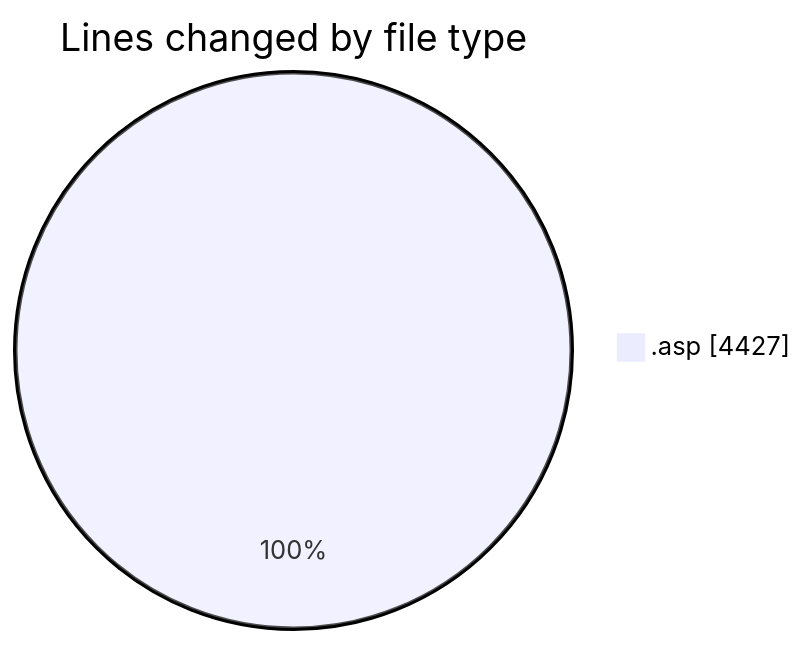
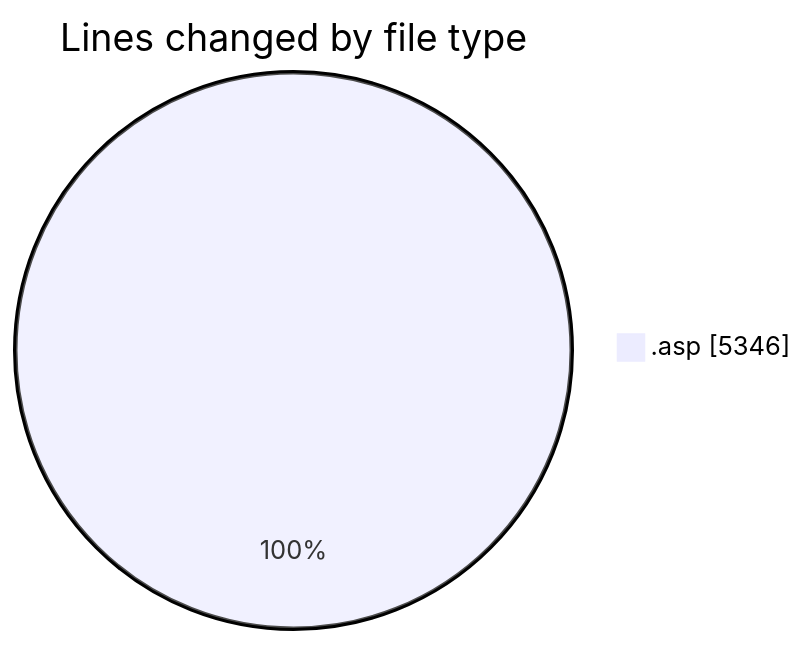
Before and after one commit to julien-gomy/code-tracking: the first of 2 diagrams in 2025-10-31/cdp_aleoudev_fr__workspace_/README.md, drawn with Mermaid. The commit also changed other lines of this file and 1 other file, not shown here.

````diff
--- a/2025-10-31/cdp_aleoudev_fr__workspace_/README.md
+++ b/2025-10-31/cdp_aleoudev_fr__workspace_/README.md
@@ -22,5 +23,5 @@
 ```mermaid
 pie showData
 title Lines changed by file type
-".asp" : 4427
+".asp" : 5346
 ```
````
